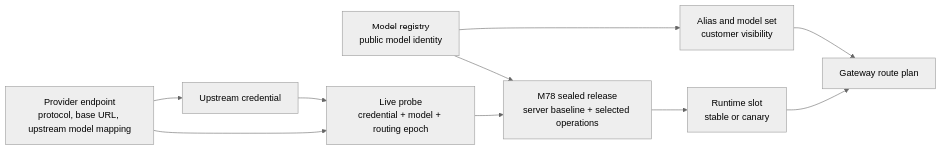
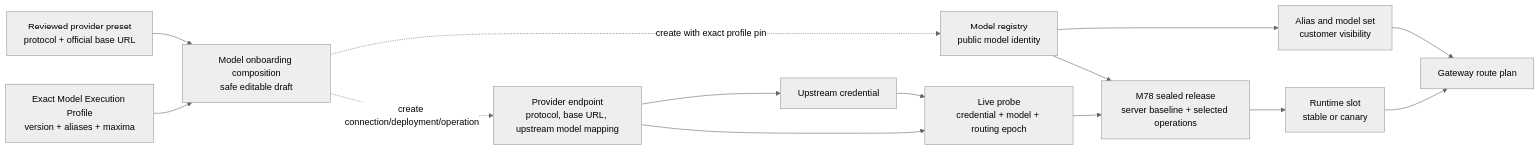
The first of 5 diagrams in docs/architecture/SYSTEM-FACT-MAP.md (foigent/unirouter), drawn with Mermaid (neutral theme) before and after one commit. The commit also changed other lines of this file and 32 other files, not shown here.

````diff
--- a/docs/architecture/SYSTEM-FACT-MAP.md
+++ b/docs/architecture/SYSTEM-FACT-MAP.md
@@ -90,12 +90,16 @@
 ```mermaid
 flowchart LR
+  T["Reviewed provider preset\nprotocol + official base URL"] --> O["Model onboarding composition\nsafe editable draft"]
+  E["Exact Model Execution Profile\nversion + aliases + maxima"] --> O
   R["Model registry\npublic model identity"] --> A["Alias and model set\ncustomer visibility"]
   C["Provider endpoint\nprotocol, base URL, upstream model mapping"] --> K["Upstream credential"]
+  O -. "create with exact profile pin" .-> R
+  O -. "create connection/deployment/operation" .-> C
   K --> P["Live probe\ncredential + model + routing epoch"]
   C --> P
   R --> L["M78 sealed release\nserver baseline + selected operations"]
   P --> L
   L --> S["Runtime slot\nstable or canary"]
   S --> G["Gateway route plan"]
   A --> G
 ```
````
